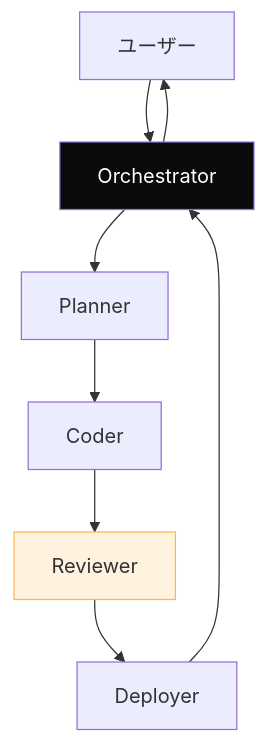
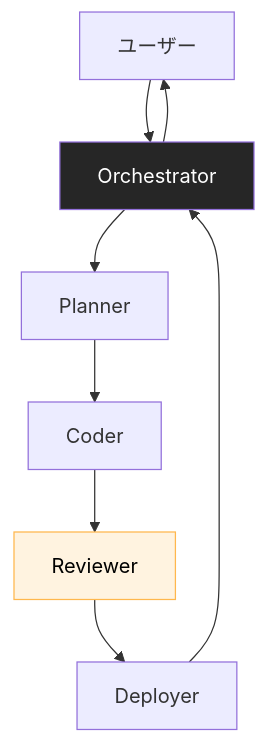
Before and after one commit to dinekt/dinekt-wiki: the fifth of 7 diagrams in docs/concepts/llm-アプリの-5-つの典型アーキテクチャパターン.md, drawn with Mermaid. The commit also changed other lines of this file and 71 other files, not shown here.

First line of the commit message:
fix: mermaid readability + remove GitHub repo toolbar

````diff
--- a/docs/concepts/llm-アプリの-5-つの典型アーキテクチャパターン.md
+++ b/docs/concepts/llm-アプリの-5-つの典型アーキテクチャパターン.md
@@ -112,13 +112,13 @@
 ```mermaid
 flowchart TD
     U[ユーザー] --> O[Orchestrator]
     O --> A1[Planner]
     A1 --> A2[Coder]
     A2 --> A3[Reviewer]
     A3 --> A4[Deployer]
     A4 --> O
     O --> U
 
-    style O fill:#0a0a0a,color:#fff
-    style A3 fill:#fff3e0,stroke:#ffb74d
+    style O fill:#262626,color:#fff
+    style A3 fill:#fff3e0,stroke:#ffb74d,color:#000
 ```
````
